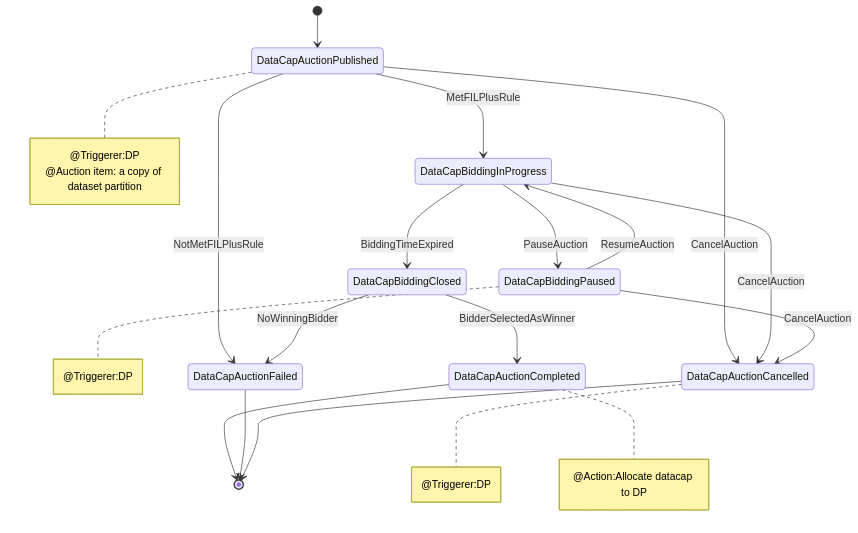
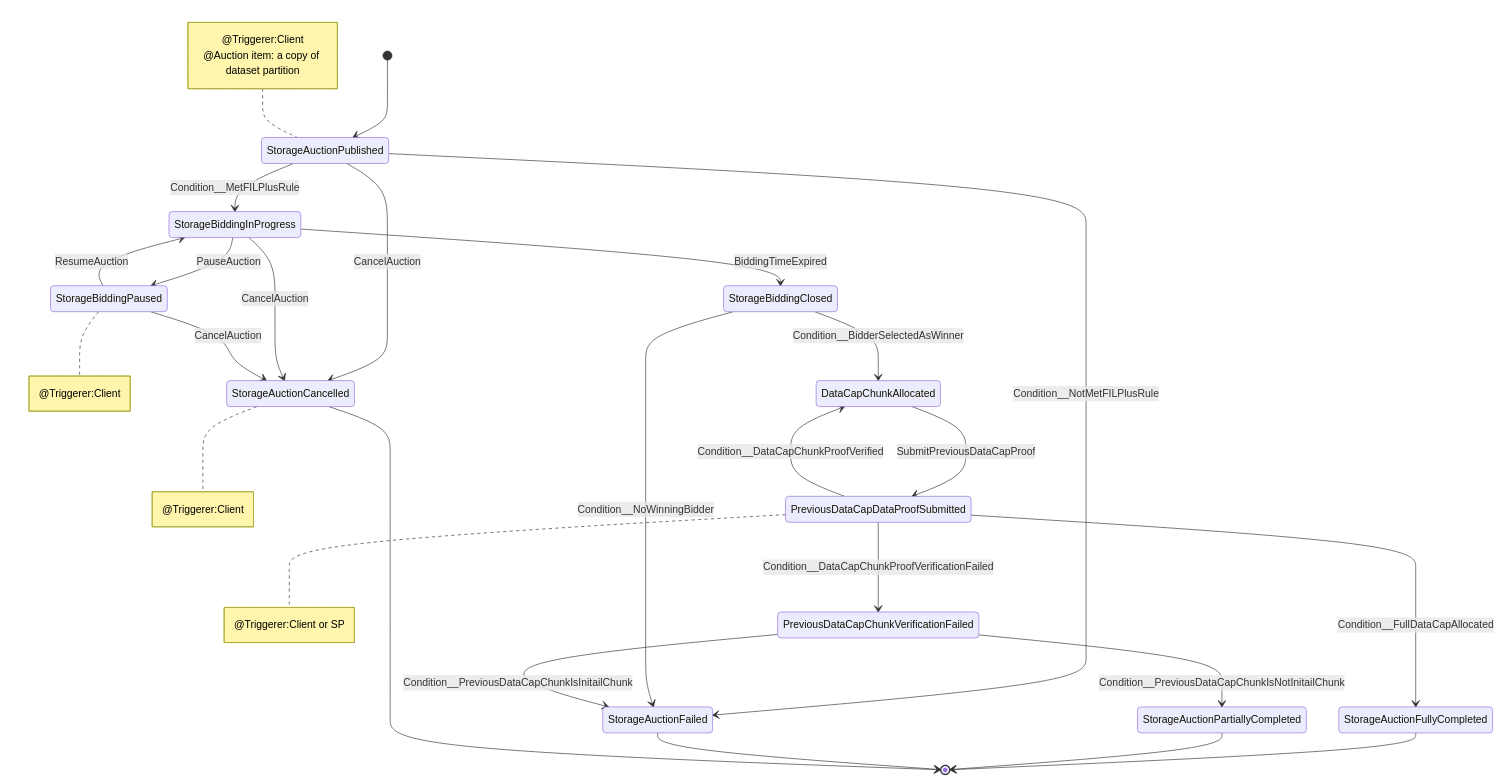
Before and after one commit to dataswap/specs: the second of 2 diagrams in systems/README.md, drawn with Mermaid. The commit also changed other lines of this file, not shown here.

Commit message:
storage auction draft

````diff
--- a/systems/README.md
+++ b/systems/README.md
@@ -141,31 +142,39 @@
 ```mermaid
 stateDiagram
-    [*] --> DataCapAuctionPublished
-    DataCapAuctionPublished  --> DataCapBiddingInProgress:MetFILPlusRule
-    DataCapAuctionPublished  --> DataCapAuctionFailed:NotMetFILPlusRule
-    DataCapBiddingInProgress --> DataCapBiddingPaused:PauseAuction
-    DataCapBiddingPaused     --> DataCapBiddingInProgress:ResumeAuction
-    DataCapAuctionPublished  --> DataCapAuctionCancelled:CancelAuction
-    DataCapBiddingInProgress --> DataCapAuctionCancelled:CancelAuction
-    DataCapBiddingPaused     --> DataCapAuctionCancelled:CancelAuction
-    DataCapBiddingInProgress --> DataCapBiddingClosed:BiddingTimeExpired
-    DataCapBiddingClosed     --> DataCapAuctionCompleted:BidderSelectedAsWinner
-    DataCapBiddingClosed     --> DataCapAuctionFailed:NoWinningBidder
-    DataCapAuctionCompleted --> [*]
-    DataCapAuctionFailed --> [*]
-    DataCapAuctionCancelled --> [*] 
+    [*]                                     --> StorageAuctionPublished
+    StorageAuctionPublished                 --> StorageBiddingInProgress:Condition__MetFILPlusRule
+    StorageAuctionPublished                 --> StorageAuctionFailed:Condition__NotMetFILPlusRule
+    StorageBiddingInProgress                --> StorageBiddingPaused:PauseAuction
+    StorageBiddingPaused                    --> StorageBiddingInProgress:ResumeAuction
+    StorageAuctionPublished                 --> StorageAuctionCancelled:CancelAuction
+    StorageBiddingInProgress                --> StorageAuctionCancelled:CancelAuction
+    StorageBiddingPaused                    --> StorageAuctionCancelled:CancelAuction
+    StorageBiddingInProgress                --> StorageBiddingClosed:BiddingTimeExpired
+    StorageBiddingClosed                    --> StorageAuctionFailed:Condition__NoWinningBidder
+    StorageBiddingClosed                    --> DataCapChunkAllocated:Condition__BidderSelectedAsWinner
+    DataCapChunkAllocated                   --> PreviousDataCapDataProofSubmitted:SubmitPreviousDataCapProof
+    PreviousDataCapDataProofSubmitted       --> PreviousDataCapChunkVerificationFailed:Condition__DataCapChunkProofVerificationFailed
+    PreviousDataCapDataProofSubmitted       --> DataCapChunkAllocated:Condition__DataCapChunkProofVerified
+    PreviousDataCapDataProofSubmitted       --> StorageAuctionFullyCompleted:Condition__FullDataCapAllocated
+    PreviousDataCapChunkVerificationFailed  --> StorageAuctionFailed:Condition__PreviousDataCapChunkIsInitailChunk
+    PreviousDataCapChunkVerificationFailed  --> StorageAuctionPartiallyCompleted:Condition__PreviousDataCapChunkIsNotInitailChunk
+    StorageAuctionFullyCompleted            --> [*]
+    StorageAuctionPartiallyCompleted        --> [*]
+    StorageAuctionFailed                    --> [*]
+    StorageAuctionCancelled                 --> [*] 
 
-    note right of DataCapAuctionPublished 
-      @Triggerer:DP
+    note left of StorageAuctionPublished 
+      @Triggerer:Client
       @Auction item: a copy of dataset partition
     end note
-    note right of DataCapBiddingPaused
-      @Triggerer:DP
+    note right of StorageBiddingPaused
+      @Triggerer:Client
     end note
-    note right of DataCapAuctionCancelled 
-      @Triggerer:DP
+    note right of StorageAuctionCancelled 
+      @Triggerer:Client
     end note
-    note right of DataCapAuctionCompleted
-      @Action:Allocate datacap to DP
+    note right of PreviousDataCapDataProofSubmitted
+      @Triggerer:Client or SP
     end note
+    
 ```
````
